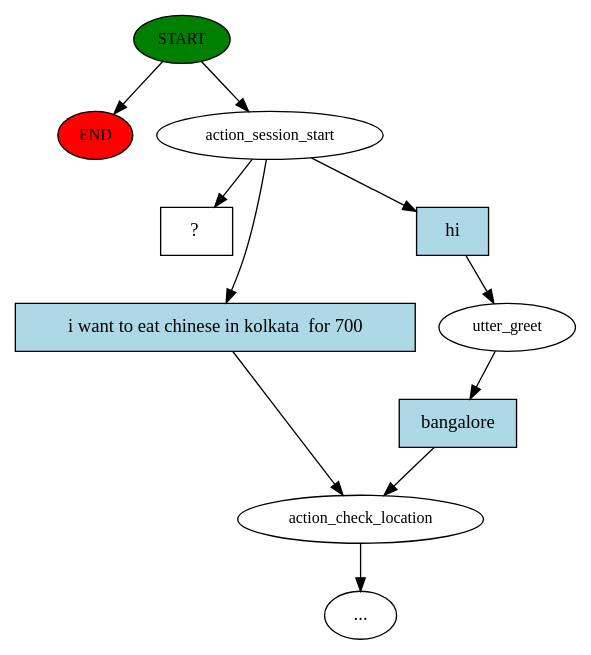
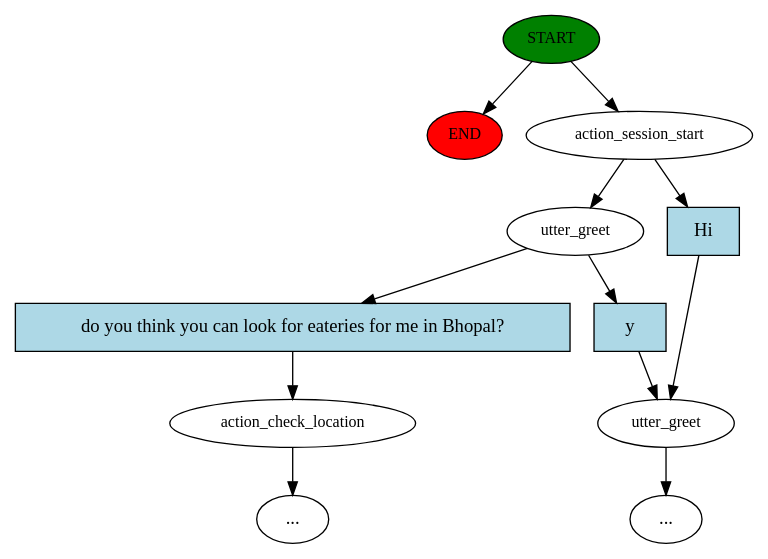
One commit to amitbcp/machine_learning_problems changed the diagram in chat_bot/story_graph.dot. Above: the diagram before and after it, drawn with Graphviz. The commit also changed 3 other files, not shown here.

```diff
--- a/chat_bot/story_graph.dot
+++ b/chat_bot/story_graph.dot
@@ -1,22 +1,24 @@
 digraph  {
 0 [class="start active", fillcolor=green, fontsize=12, label=START, style=filled];
 "-1" [class=end, fillcolor=red, fontsize=12, label=END, style=filled];
 1 [class=active, fontsize=12, label=action_session_start];
-2 [class="", fontsize=12, label=action_check_location];
-4 [class="", fontsize=12, label=utter_greet];
+2 [class="", fontsize=12, label=utter_greet];
+4 [class="dashed active", fontsize=12, label=utter_greet];
 "-4" [class=ellipsis, label="..."];
-7 [class="intent dashed active", label="  ?  ", shape=rect];
-8 [class=intent, fillcolor=lightblue, label="i want to eat chinese in kolkata  for 700", shape=rect, style=filled];
-9 [class=intent, fillcolor=lightblue, label=hi, shape=rect, style=filled];
-10 [class=intent, fillcolor=lightblue, label=bangalore, shape=rect, style=filled];
+8 [class="", fontsize=12, label=action_check_location];
+"-6" [class=ellipsis, label="..."];
+14 [class=intent, fillcolor=lightblue, label=Hi, shape=rect, style=filled];
+15 [class=intent, fillcolor=lightblue, label=y, shape=rect, style=filled];
+16 [class=intent, fillcolor=lightblue, label="do you think you can look for eateries for me in Bhopal?", shape=rect, style=filled];
 0 -> "-1"  [class="", key=NONE, label=""];
 0 -> 1  [class=active, key=NONE, label=""];
-1 -> 7  [class=active, key=NONE, label=""];
-1 -> 8  [class="", key=0];
-1 -> 9  [class="", key=0];
+1 -> 4  [class=active, key=NONE, label=""];
+1 -> 14  [class="", key=0];
 2 -> "-4"  [class="", key=NONE, label=""];
-4 -> 10  [class="", key=0];
-8 -> 2  [class="", key=0];
-9 -> 4  [class="", key=0];
-10 -> 2  [class="", key=0];
+4 -> 15  [class="", key=0];
+4 -> 16  [class="", key=0];
+8 -> "-6"  [class="", key=NONE, label=""];
+14 -> 2  [class="", key=0];
+15 -> 2  [class="", key=0];
+16 -> 8  [class="", key=0];
 }
```
